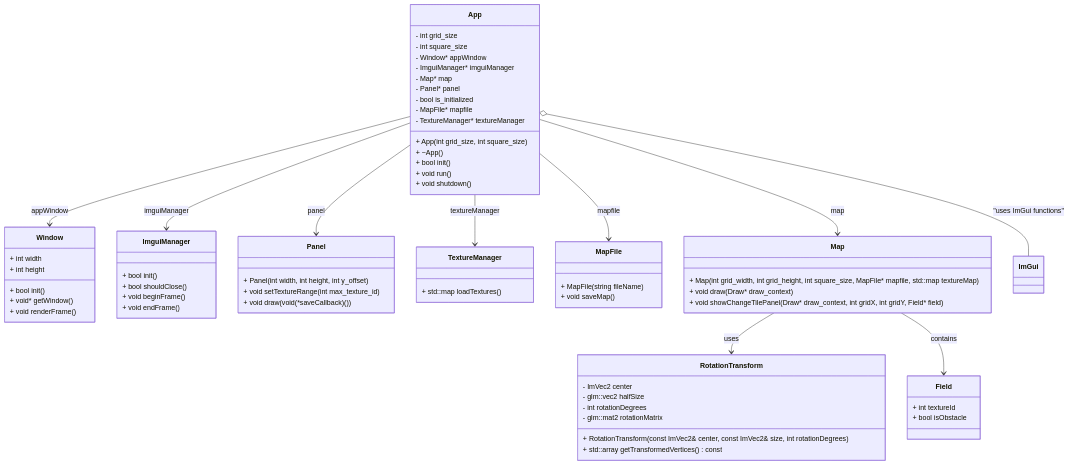
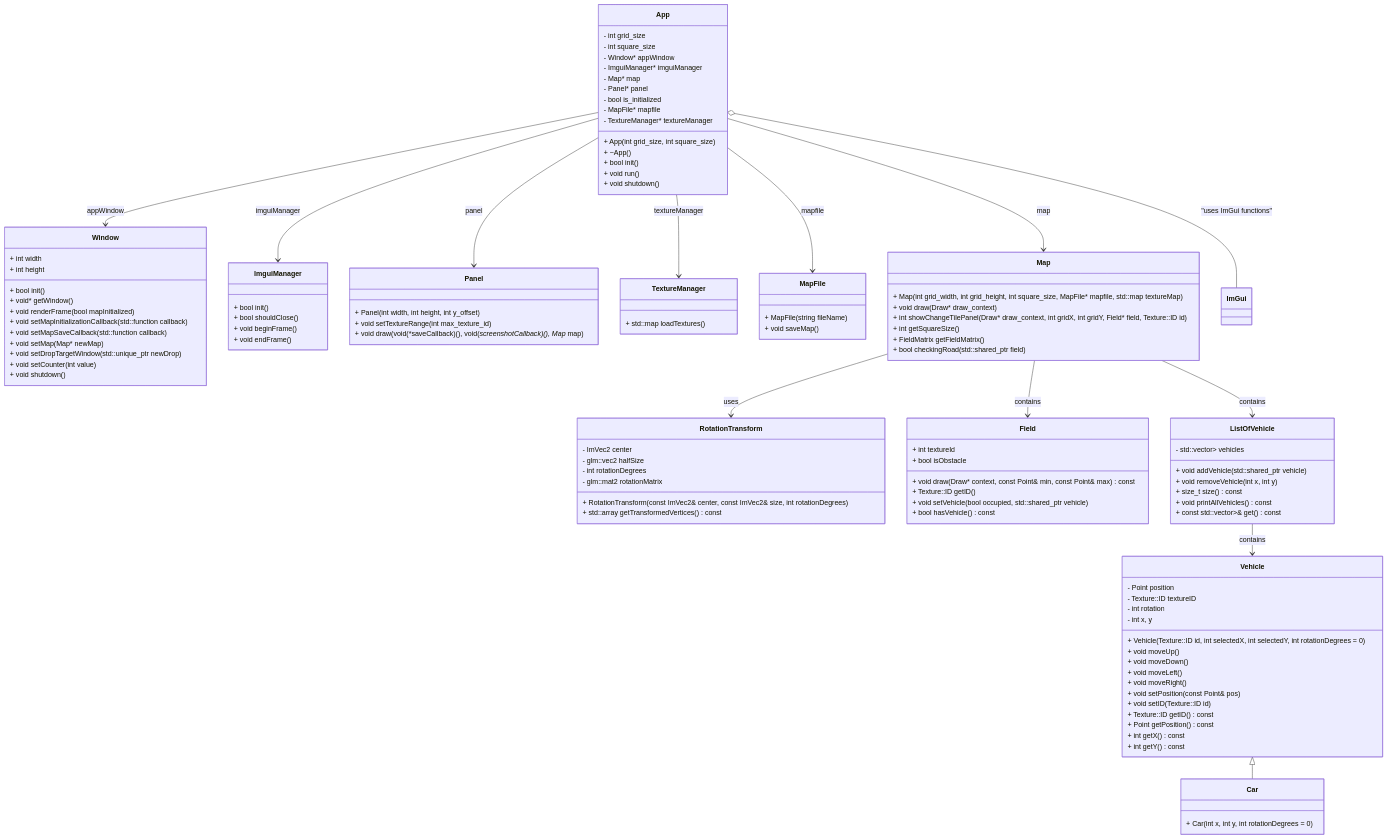
Before and after one commit to Gochad/UrbanMotion: the diagram in README.md, drawn with Mermaid. The commit also changed 1 other file, not shown here.

Commit message:
update test and diagram

````diff
--- a/README.md
+++ b/README.md
@@ -45,7 +45,13 @@
         + int width
         + int height
         + void* getWindow()
-        + void renderFrame()
+        + void renderFrame(bool mapInitialized)
+        + void setMapInitializationCallback(std::function<void(const std::string&)> callback)
+        + void setMapSaveCallback(std::function<void()> callback)
+        + void setMap(Map* newMap)
+        + void setDropTargetWindow(std::unique_ptr<DropTargetWindow> newDrop)
+        + void setCounter(int value)
+        + void shutdown()
     }
 
     class ImguiManager {
@@ -58,7 +64,7 @@
     class Panel {
         + Panel(int width, int height, int y_offset)
         + void setTextureRange(int max_texture_id)
-        + void draw(void(*saveCallback)())
+        + void draw(void(*saveCallback)(), void(*screenshotCallback)(), Map* map)
     }
 
     class TextureManager {
@@ -73,7 +79,10 @@
     class Map {
         + Map(int grid_width, int grid_height, int square_size, MapFile* mapfile, std::map<TextureID, int> textureMap)
         + void draw(Draw* draw_context)
-        + void showChangeTilePanel(Draw* draw_context, int gridX, int gridY, Field* field)
+        + int showChangeTilePanel(Draw* draw_context, int gridX, int gridY, Field* field, Texture::ID id)
+        + int getSquareSize()
+        + FieldMatrix getFieldMatrix()
+        + bool checkingRoad(std::shared_ptr<Field> field)
     }
 
     class RotationTransform {
@@ -88,6 +97,41 @@
     class Field {
         + int textureId
         + bool isObstacle
+        + void draw(Draw* context, const Point& min, const Point& max) const
+        + Texture::ID getID()
+        + void setVehicle(bool occupied, std::shared_ptr<Vehicle> vehicle)
+        + bool hasVehicle() const
+    }
+
+    class Vehicle {
+        + Vehicle(Texture::ID id, int selectedX, int selectedY, int rotationDegrees = 0)
+        + void moveUp()
+        + void moveDown()
+        + void moveLeft()
+        + void moveRight()
+        + void setPosition(const Point& pos)
+        + void setID(Texture::ID id)
+        + Texture::ID getID() const
+        + Point getPosition() const
+        + int getX() const
+        + int getY() const
+        - Point position
+        - Texture::ID textureID
+        - int rotation
+        - int x, y
+    }
+
+    class Car {
+        + Car(int x, int y, int rotationDegrees = 0)
+    }
+
+    class ListOfVehicle {
+        + void addVehicle(std::shared_ptr<Vehicle> vehicle)
+        + void removeVehicle(int x, int y)
+        + size_t size() const
+        + void printAllVehicles() const
+        + const std::vector<std::shared_ptr<Vehicle>>& get() const
+        - std::vector<std::shared_ptr<Vehicle>> vehicles
     }
 
     App --> Window : appWindow
@@ -98,5 +142,8 @@
     App --> TextureManager : textureManager
     Map --> RotationTransform : uses
     Map --> Field : contains
+    Map --> ListOfVehicle : contains
+    ListOfVehicle --> Vehicle : contains
+    Vehicle <|-- Car
     App o-- ImGui : "uses ImGui functions"
 ```
````
